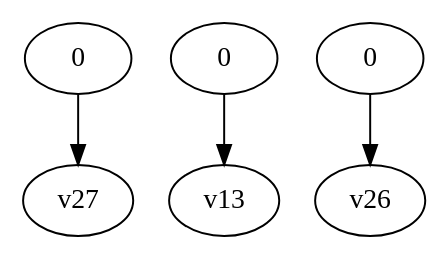
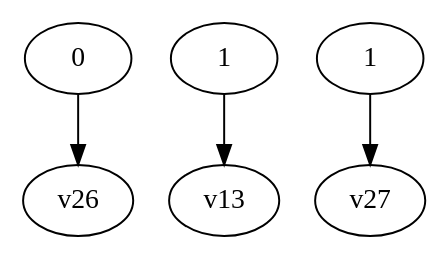
Before and after one commit to yadej/graph_project: the diagram in dot_files/testEvaluate.dot, drawn with Graphviz. The commit also changed 4 other files, not shown here.

```diff
--- a/dot_files/testEvaluate.dot
+++ b/dot_files/testEvaluate.dot
@@ -1,8 +1,8 @@
 digraph G { 
-v17 [label="0"]; 
-v42 [label="0"]; 
-v53 [label="0"]; 
-v17 -> v27;
-v42 -> v13;
-v53 -> v26;
+v14 [label="0"]; 
+v51 [label="1"]; 
+v56 [label="1"]; 
+v14 -> v26;
+v51 -> v13;
+v56 -> v27;
 }
```
